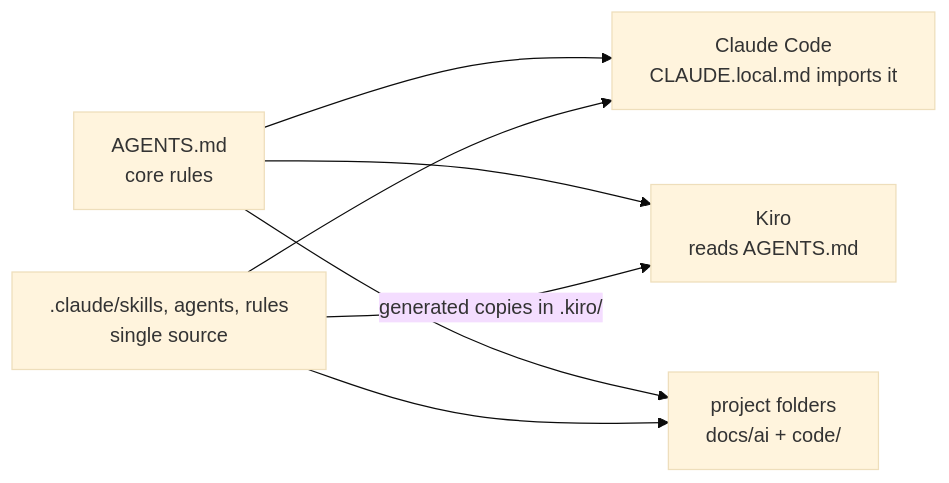
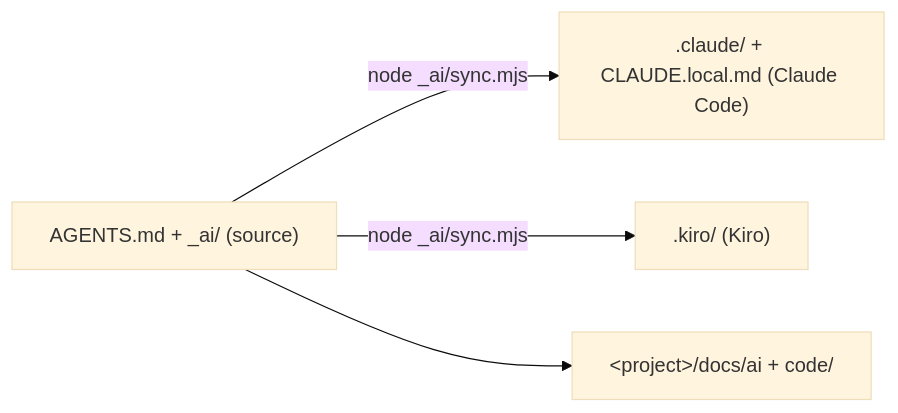
Before and after one commit to GociuRadu/AI-Setup: the diagram in README.md, drawn with Mermaid (base theme). The commit also changed other lines of this file and 96 other files, not shown here.

First line of the commit message:
Port the Ai-Setup design: one _ai/ source generates .claude/ and .kiro/

````diff
--- a/README.md
+++ b/README.md
@@ -5,8 +5,6 @@
 ```mermaid
 flowchart LR
-  A[AGENTS.md<br/>core rules] --> C[Claude Code<br/>CLAUDE.local.md imports it]
-  A --> K[Kiro<br/>reads AGENTS.md]
-  S[.claude/skills, agents, rules<br/>single source] --> C
-  S -->|generated copies in .kiro/| K
-  A & S --> P[project folders<br/>docs/ai + code/]
+  S["AGENTS.md + _ai/ (source)"] -->|node _ai/sync.mjs| G[".claude/ + CLAUDE.local.md (Claude Code)"]
+  S -->|node _ai/sync.mjs| K[".kiro/ (Kiro)"]
+  S --> P["&lt;project&gt;/docs/ai + code/"]
 ```
````
